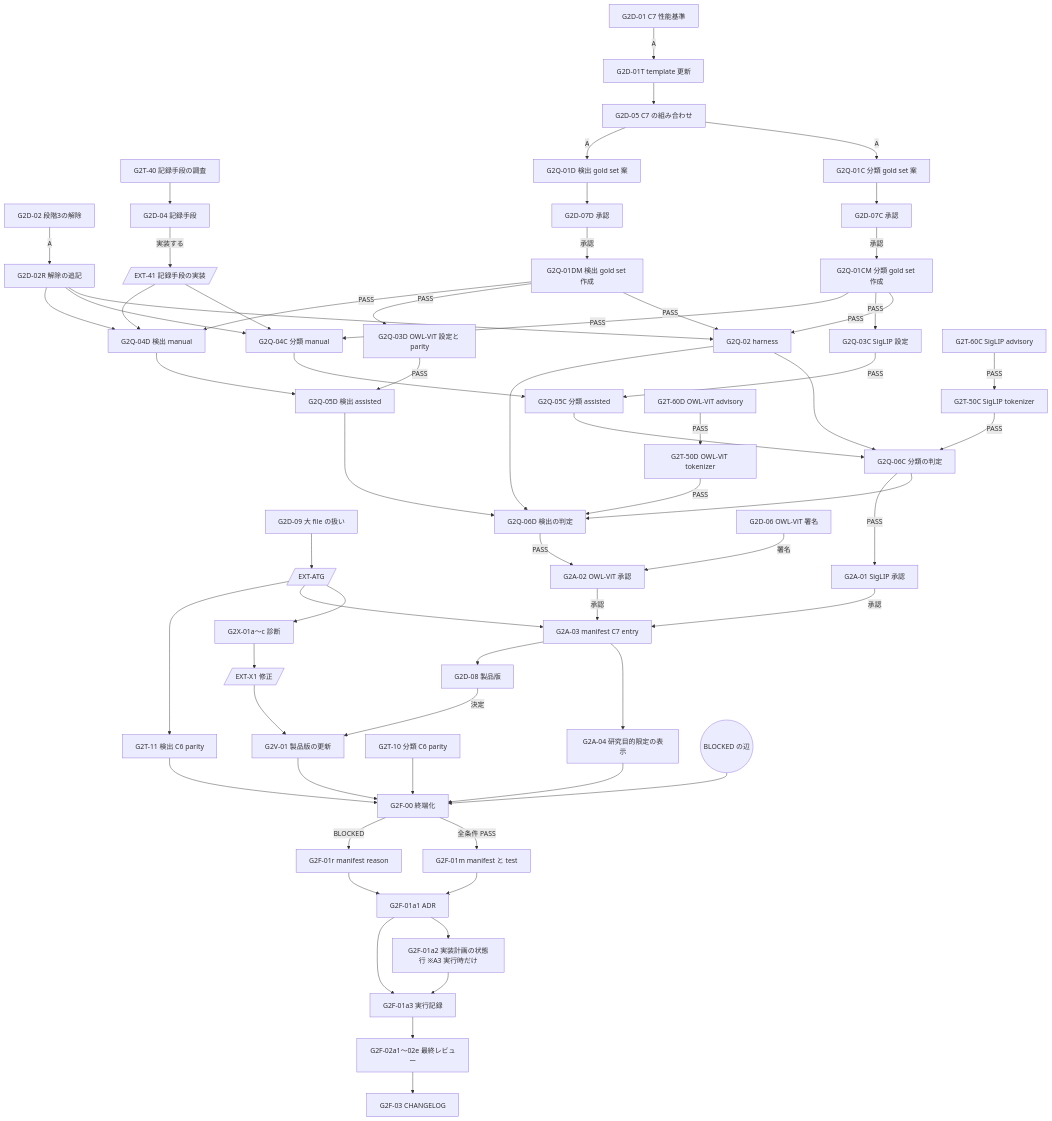
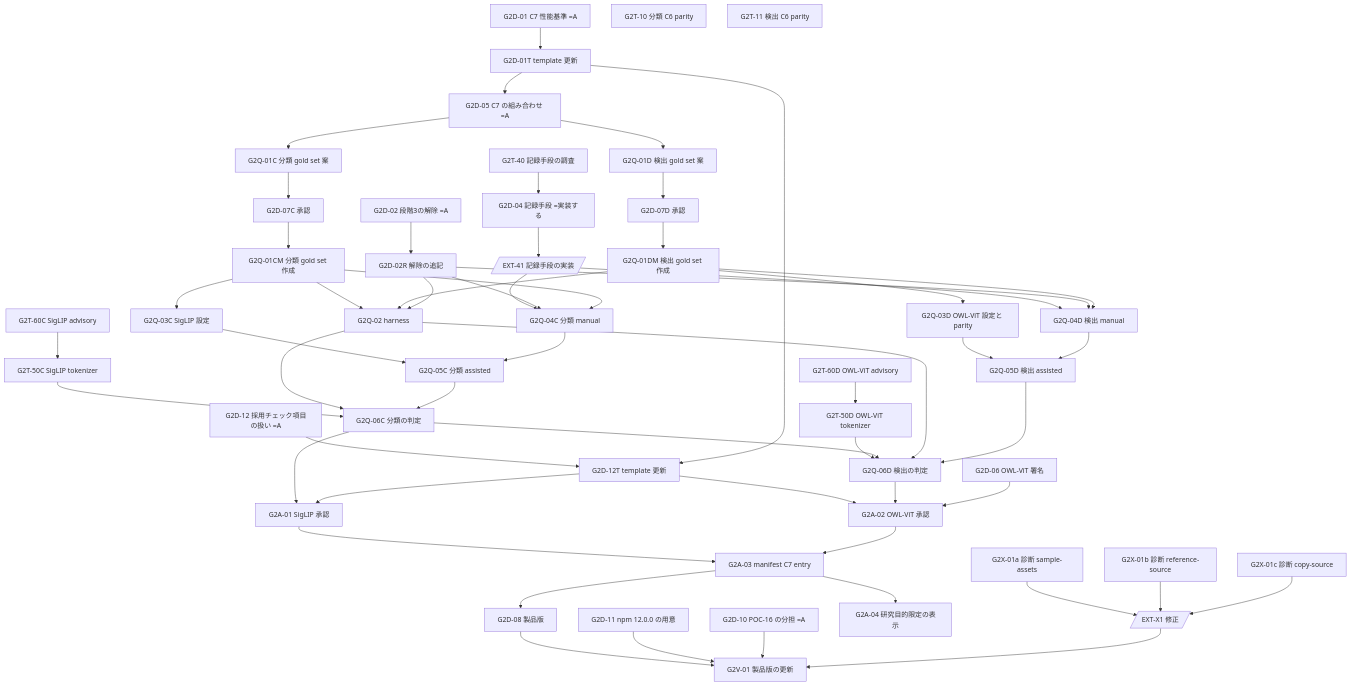
Before and after one commit to dahatake/AutoVision-Studio: the first of 2 diagrams in work/202609232120-RemainTaskExecutionPlan.md, drawn with Mermaid. The commit also changed other lines of this file and 9 other files, not shown here.

````diff
--- a/work/202609232120-RemainTaskExecutionPlan.md
+++ b/work/202609232120-RemainTaskExecutionPlan.md
@@ -129,66 +146,62 @@
 ```mermaid
 flowchart TD
-  D1[G2D-01 C7 性能基準] -->|A| D1T[G2D-01T template 更新]
-  D1T --> D5[G2D-05 C7 の組み合わせ]
-  D2[G2D-02 段階3の解除] -->|A| D2R[G2D-02R 解除の追記]
-  T40[G2T-40 記録手段の調査] --> D4[G2D-04 記録手段]
-  D4 -->|実装する| EXT41[/EXT-41 記録手段の実装/]
-  D9[G2D-09 大 file の扱い] --> EXTATG[/EXT-ATG/]
-  EXTATG --> X1[G2X-01a〜c 診断] --> EXTX1[/EXT-X1 修正/]
+  D1[G2D-01 C7 性能基準 =A] --> D1T[G2D-01T template 更新]
+  D1T --> D5[G2D-05 C7 の組み合わせ =A]
+  D10[G2D-10 POC-16 の分担 =A]
+  D11[G2D-11 npm 12.0.0 の用意]
+  D2[G2D-02 段階3の解除 =A] --> D2R[G2D-02R 解除の追記]
+  T40[G2T-40 記録手段の調査] --> D4[G2D-04 記録手段 =実装する]
+  D4 --> EXT41[/EXT-41 記録手段の実装/]
+  X1a[G2X-01a 診断 sample-assets]
+  X1b[G2X-01b 診断 reference-source]
+  X1c[G2X-01c 診断 copy-source]
+  X1a --> EXTX1[/EXT-X1 修正/]
+  X1b --> EXTX1
+  X1c --> EXTX1
+  D12[G2D-12 採用チェック項目の扱い =A] --> D12T[G2D-12T template 更新]
+  D1T --> D12T
 
-  D5 -->|A| Q1C[G2Q-01C 分類 gold set 案] --> D7C[G2D-07C 承認]
-  D5 -->|A| Q1D[G2Q-01D 検出 gold set 案] --> D7D[G2D-07D 承認]
-  D7C -->|承認| Q1CM[G2Q-01CM 分類 gold set 作成]
-  D7D -->|承認| Q1DM[G2Q-01DM 検出 gold set 作成]
-  Q1CM -->|PASS| Q2[G2Q-02 harness]
-  Q1DM -->|PASS| Q2
+  D5 --> Q1C[G2Q-01C 分類 gold set 案] --> D7C[G2D-07C 承認]
+  D5 --> Q1D[G2Q-01D 検出 gold set 案] --> D7D[G2D-07D 承認]
+  D7C --> Q1CM[G2Q-01CM 分類 gold set 作成]
+  D7D --> Q1DM[G2Q-01DM 検出 gold set 作成]
+  Q1CM --> Q2[G2Q-02 harness]
+  Q1DM --> Q2
   D2R --> Q2
-  Q1CM -->|PASS| Q3C[G2Q-03C SigLIP 設定]
-  Q1DM -->|PASS| Q3D[G2Q-03D OWL-ViT 設定と parity]
+  Q1CM --> Q3C[G2Q-03C SigLIP 設定]
+  Q1DM --> Q3D[G2Q-03D OWL-ViT 設定と parity]
   EXT41 --> Q4C[G2Q-04C 分類 manual]
   EXT41 --> Q4D[G2Q-04D 検出 manual]
   D2R --> Q4C
   D2R --> Q4D
-  Q1CM -->|PASS| Q4C
-  Q1DM -->|PASS| Q4D
-  Q3C -->|PASS| Q5C[G2Q-05C 分類 assisted]
-  Q3D -->|PASS| Q5D[G2Q-05D 検出 assisted]
+  Q1CM --> Q4C
+  Q1DM --> Q4D
+  Q3C --> Q5C[G2Q-05C 分類 assisted]
+  Q3D --> Q5D[G2Q-05D 検出 assisted]
   Q4C --> Q5C
   Q4D --> Q5D
-  T60C[G2T-60C SigLIP advisory] -->|PASS| T50C[G2T-50C SigLIP tokenizer]
-  T60D[G2T-60D OWL-ViT advisory] -->|PASS| T50D[G2T-50D OWL-ViT tokenizer]
-  T50C -->|PASS| Q6C[G2Q-06C 分類の判定]
-  T50D -->|PASS| Q6D[G2Q-06D 検出の判定]
+  T60C[G2T-60C SigLIP advisory] --> T50C[G2T-50C SigLIP tokenizer]
+  T60D[G2T-60D OWL-ViT advisory] --> T50D[G2T-50D OWL-ViT tokenizer]
+  T50C --> Q6C[G2Q-06C 分類の判定]
+  T50D --> Q6D[G2Q-06D 検出の判定]
   Q2 --> Q6C
   Q5C --> Q6C
   Q6C --> Q6D
   Q2 --> Q6D
   Q5D --> Q6D
-  Q6C -->|PASS| A1[G2A-01 SigLIP 承認]
-  Q6D -->|PASS| A2[G2A-02 OWL-ViT 承認]
-  D6[G2D-06 OWL-ViT 署名] -->|署名| A2
-  A1 -->|承認| A3[G2A-03 manifest C7 entry]
-  A2 -->|承認| A3
-  EXTATG --> A3
+  Q6C --> A1[G2A-01 SigLIP 承認]
+  D12T --> A1
+  D12T --> A2
+  Q6D --> A2[G2A-02 OWL-ViT 承認]
+  D6[G2D-06 OWL-ViT 署名] --> A2
+  A1 --> A3[G2A-03 manifest C7 entry]
+  A2 --> A3
   A3 --> A4[G2A-04 研究目的限定の表示]
   A3 --> D8[G2D-08 製品版]
-  D8 -->|決定| V1[G2V-01 製品版の更新]
+  D8 --> V1[G2V-01 製品版の更新]
+  D11 --> V1
+  D10 --> V1
   EXTX1 --> V1
   T10[G2T-10 分類 C6 parity]
-  EXTATG --> T11[G2T-11 検出 C6 parity]
-
-  V1 --> F0[G2F-00 終端化]
-  A4 --> F0
-  T10 --> F0
-  T11 --> F0
-  BLK((BLOCKED の辺)) --> F0
-  F0 -->|全条件 PASS| F1m[G2F-01m manifest と test]
-  F0 -->|BLOCKED| F1r[G2F-01r manifest reason]
-  F1m --> F1a1[G2F-01a1 ADR]
-  F1r --> F1a1
-  F1a1 --> F1a2[G2F-01a2 実装計画の状態行 ※A3 実行時だけ]
-  F1a1 --> F1a3[G2F-01a3 実行記録]
-  F1a2 --> F1a3
-  F1a3 --> F2[G2F-02a1〜02e 最終レビュー]
-  F2 --> F3[G2F-03 CHANGELOG]
+  T11[G2T-11 検出 C6 parity]
 ```
````
